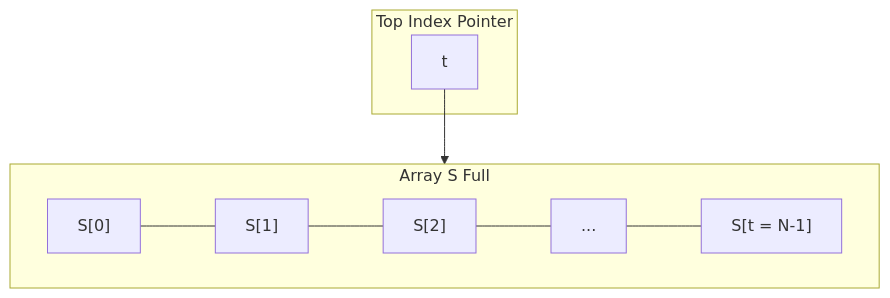
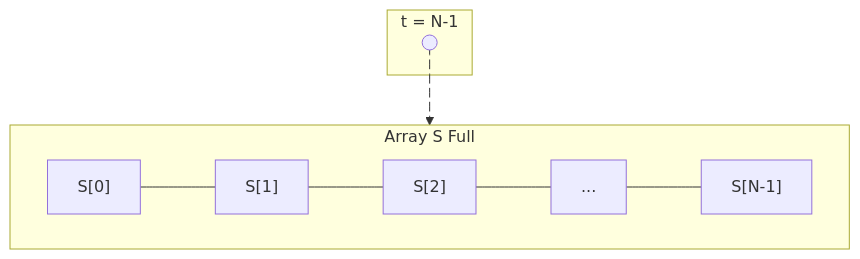
Before and after one commit to ruslylove/datastruct: the fourth of 4 diagrams in lectures/lect-5-Stack.md, drawn with Mermaid. The commit also changed other lines of this file, not shown here.

Commit message:
update diagram.

````diff
--- a/lectures/lect-5-Stack.md
+++ b/lectures/lect-5-Stack.md
@@ -345,11 +352,14 @@
 ```mermaid {scale:0.8}
 graph TD
     subgraph Array [Array S Full]
         direction LR
-        s0["S[0]"] --- s1["S[1]"] --- s2["S[2]"] --- s_etc["..."] --- st["S[t = N-1]"]
+        s0["S[0]"] --- s1["S[1]"] --- s2["S[2]"] --- s_etc["..."] --- st["S[N-1]"]
     end
-    subgraph "Top Index Pointer"
-      t_ptr["t"]
+    subgraph "t = N-1"
+      t_ptr(( ))
     end
-    t_ptr --> st
+    t_ptr e1@--> st
+
+    e1@{ animate: true, animation: slow }
+
 ```
````
